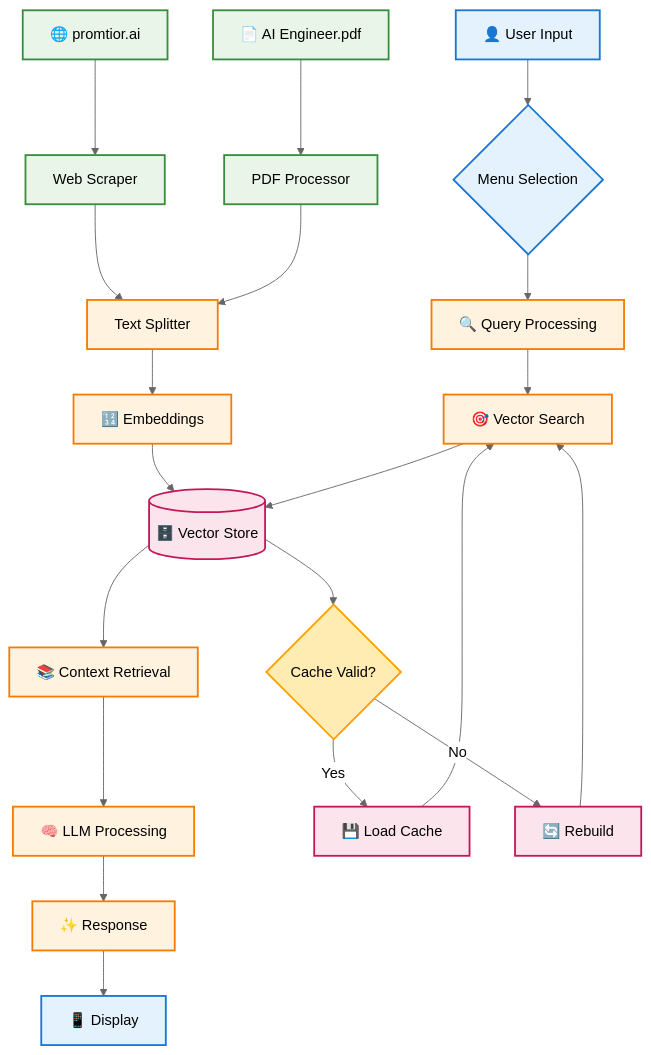
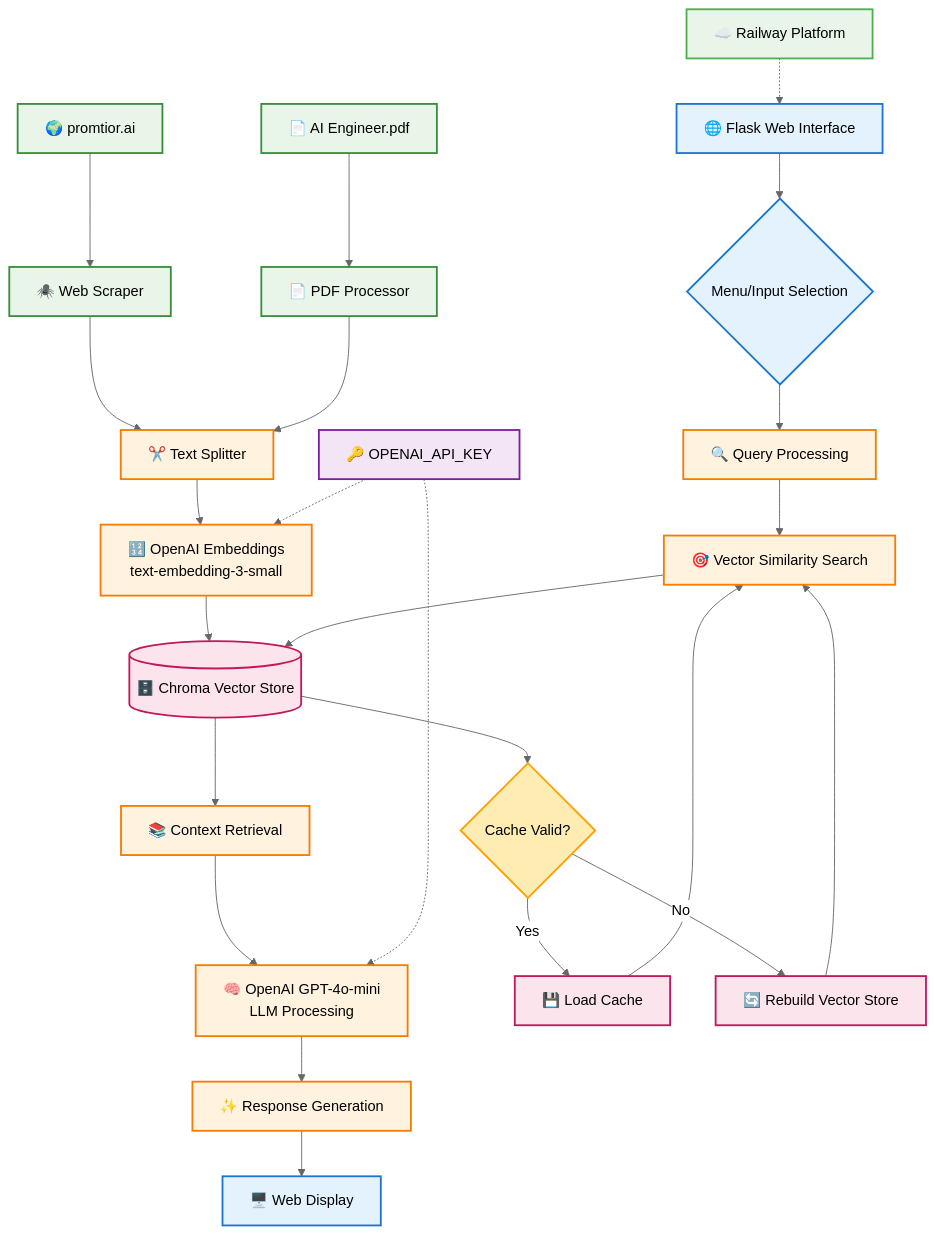
The diagram in doc/component-diagram.md (fpuglap/promtior-chatbot), drawn with Mermaid (neutral theme) before and after one commit.

````diff
--- a/doc/component-diagram.md
+++ b/doc/component-diagram.md
@@ -7,46 +7,57 @@
 ```mermaid
 graph TB
     %% User Interface
-    UI[👤 User Input] --> MS{Menu Selection}
+    UI[🌐 Flask Web Interface] --> MS{Menu/Input Selection}
     
     %% Data Sources
-    WEB[🌐 promtior.ai]
+    WEB[🌍 promtior.ai]
     PDF[📄 AI Engineer.pdf]
     
     %% Core Pipeline
     MS --> QP[🔍 Query Processing]
-    WEB --> WS[Web Scraper]
-    PDF --> PP[PDF Processor] 
-    WS --> TS[Text Splitter]
+    WEB --> WS[🕷️ Web Scraper]
+    PDF --> PP[📄 PDF Processor] 
+    WS --> TS[✂️ Text Splitter]
     PP --> TS
-    TS --> EM[🔢 Embeddings]
-    EM --> VS[(🗄️ Vector Store)]
+    TS --> EM[🔢 OpenAI Embeddings<br/>text-embedding-3-small]
+    EM --> VS[(🗄️ Chroma Vector Store)]
     
     %% RAG Process
-    QP --> VSS[🎯 Vector Search]
+    QP --> VSS[🎯 Vector Similarity Search]
     VSS --> VS
     VS --> CR[📚 Context Retrieval]
-    CR --> LLM[🧠 LLM Processing]
-    LLM --> RG[✨ Response]
-    RG --> UD[📱 Display]
+    CR --> LLM[🧠 OpenAI GPT-4o-mini<br/>LLM Processing]
+    LLM --> RG[✨ Response Generation]
+    RG --> UD[🖥️ Web Display]
     
     %% Cache Logic
     VS --> CM{Cache Valid?}
     CM -->|Yes| LC[💾 Load Cache]
-    CM -->|No| RB[🔄 Rebuild]
+    CM -->|No| RB[🔄 Rebuild Vector Store]
     LC --> VSS
     RB --> VSS
+    
+    %% Environment
+    ENV[🔑 OPENAI_API_KEY] -.-> EM
+    ENV -.-> LLM
+    
+    %% Railway Cloud
+    CLOUD[☁️ Railway Platform] -.-> UI
     
     %% Styling
     classDef ui fill:#e3f2fd,stroke:#1976d2,stroke-width:2px
     classDef data fill:#e8f5e8,stroke:#388e3c,stroke-width:2px
     classDef process fill:#fff3e0,stroke:#f57c00,stroke-width:2px
     classDef storage fill:#fce4ec,stroke:#c2185b,stroke-width:2px
     classDef decision fill:#ffecb3,stroke:#ffa000,stroke-width:2px
+    classDef env fill:#f3e5f5,stroke:#7b1fa2,stroke-width:2px
+    classDef cloud fill:#e8f5e8,stroke:#4caf50,stroke-width:2px
     
     class UI,MS,UD ui
     class WEB,PDF,WS,PP data
     class QP,TS,EM,VSS,CR,LLM,RG process
     class VS,LC,RB storage
     class CM decision
+    class ENV env
+    class CLOUD cloud
 ```
````
